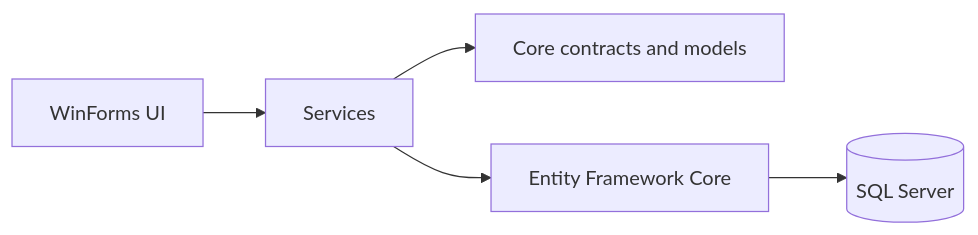
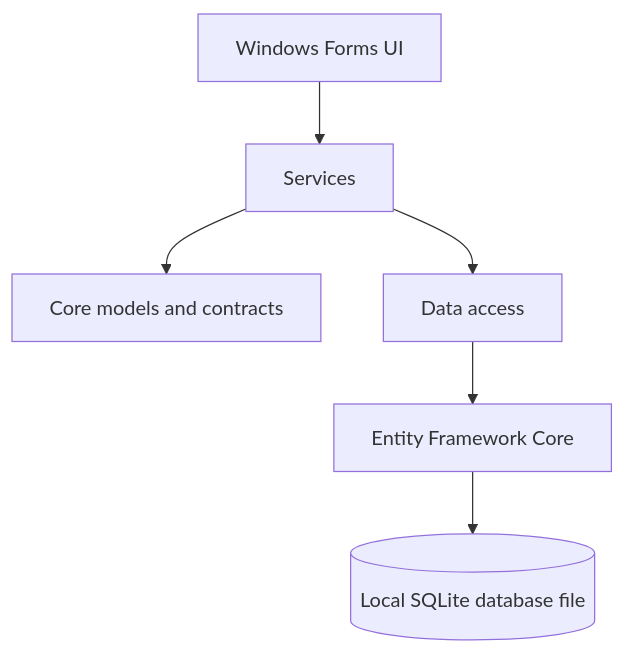
One commit to NotFoundNobody/AssetTracker changed the diagram in README.md. Above: the diagram before and after it, drawn with Mermaid. The commit also changed other lines of this file, not shown here.

````diff
--- a/README.md
+++ b/README.md
@@ -160,7 +130,8 @@
 ```mermaid
-flowchart LR
-    UI[WinForms UI] --> Services[Services]
-    Services --> Core[Core contracts and models]
-    Services --> Data[Entity Framework Core]
-    Data --> DB[(SQL Server)]
+flowchart TD
+    UI[Windows Forms UI] --> Services[Services]
+    Services --> Core[Core models and contracts]
+    Services --> Data[Data access]
+    Data --> EF[Entity Framework Core]
+    EF --> SQLite[(Local SQLite database file)]
 ```
````
